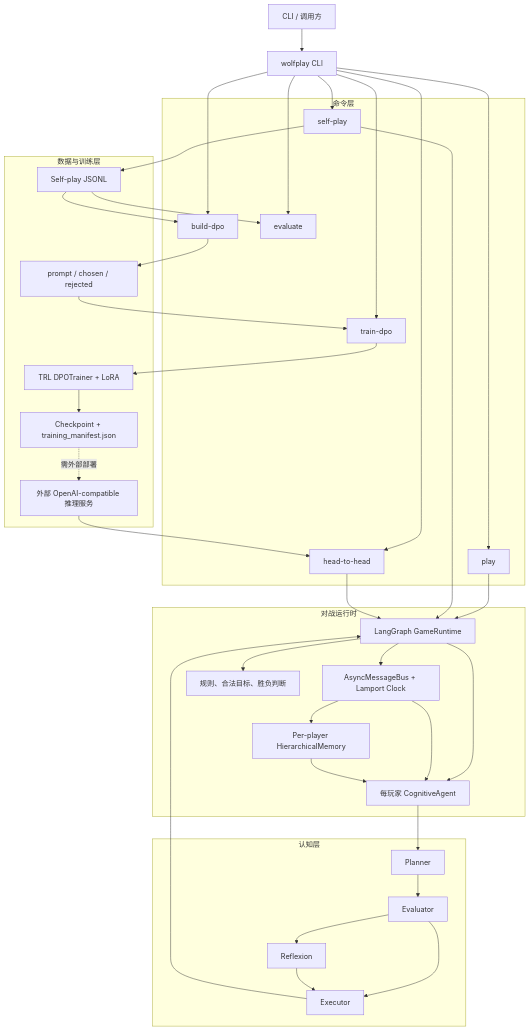
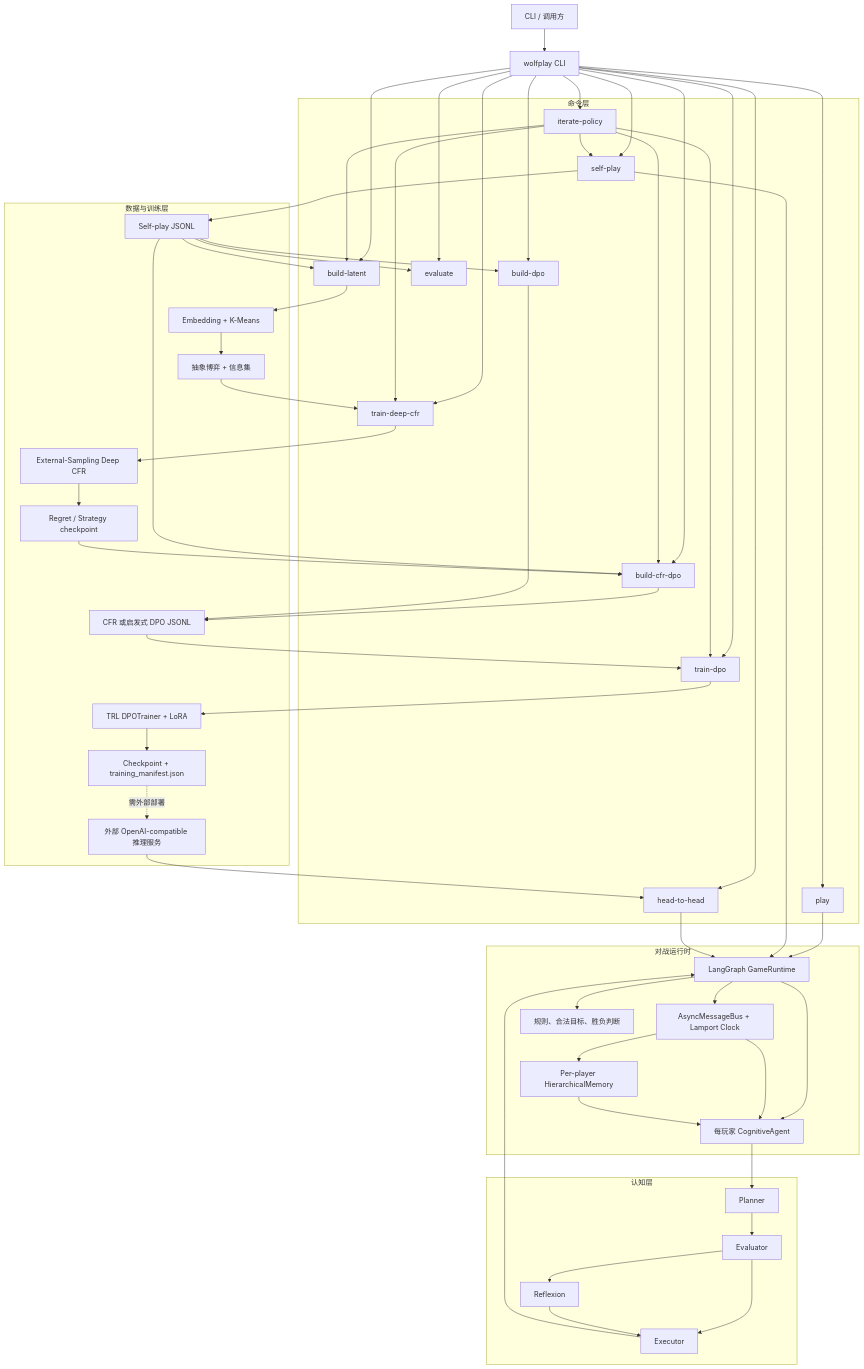
Before and after one commit to seihn2/werewolf: the first of 5 diagrams in docs/PROJECT_REPORT.md, drawn with Mermaid. The commit also changed other lines of this file and 19 other files, not shown here.

Commit message:
feat: add latent strategy and Deep CFR pipeline

````diff
--- a/docs/PROJECT_REPORT.md
+++ b/docs/PROJECT_REPORT.md
@@ -113,16 +99,24 @@
     subgraph Commands["命令层"]
         Play["play"]
         SelfPlay["self-play"]
+        BuildLatent["build-latent"]
+        TrainCFR["train-deep-cfr"]
+        BuildCFRDPO["build-cfr-dpo"]
         BuildDPO["build-dpo"]
         TrainDPO["train-dpo"]
+        Iterate["iterate-policy"]
         Evaluate["evaluate"]
         H2H["head-to-head"]
     end
 
     CLI --> Play
     CLI --> SelfPlay
+    CLI --> BuildLatent
+    CLI --> TrainCFR
+    CLI --> BuildCFRDPO
     CLI --> BuildDPO
     CLI --> TrainDPO
+    CLI --> Iterate
     CLI --> Evaluate
     CLI --> H2H
 
@@ -156,16 +150,29 @@
 
     subgraph DataTraining["数据与训练层"]
         Trajectory["Self-play JSONL"]
-        Preference["prompt / chosen / rejected"]
+        Latent["Embedding + K-Means"]
+        Abstract["抽象博弈 + 信息集"]
+        CFR["External-Sampling Deep CFR"]
+        CFRCheckpoint["Regret / Strategy checkpoint"]
+        Preference["CFR 或启发式 DPO JSONL"]
         Trainer["TRL DPOTrainer + LoRA"]
         Checkpoint["Checkpoint + training_manifest.json"]
         Serving["外部 OpenAI-compatible 推理服务"]
     end
 
     SelfPlay --> Trajectory
+    Trajectory --> BuildLatent --> Latent --> Abstract
+    Abstract --> TrainCFR --> CFR --> CFRCheckpoint
+    Trajectory --> BuildCFRDPO --> Preference
+    CFRCheckpoint --> BuildCFRDPO
     Trajectory --> BuildDPO --> Preference
     Preference --> TrainDPO --> Trainer --> Checkpoint
     Checkpoint -. "需外部部署" .-> Serving
     Serving --> H2H
+    Iterate --> SelfPlay
+    Iterate --> BuildLatent
+    Iterate --> TrainCFR
+    Iterate --> BuildCFRDPO
+    Iterate --> TrainDPO
     Trajectory --> Evaluate
 ```
````
